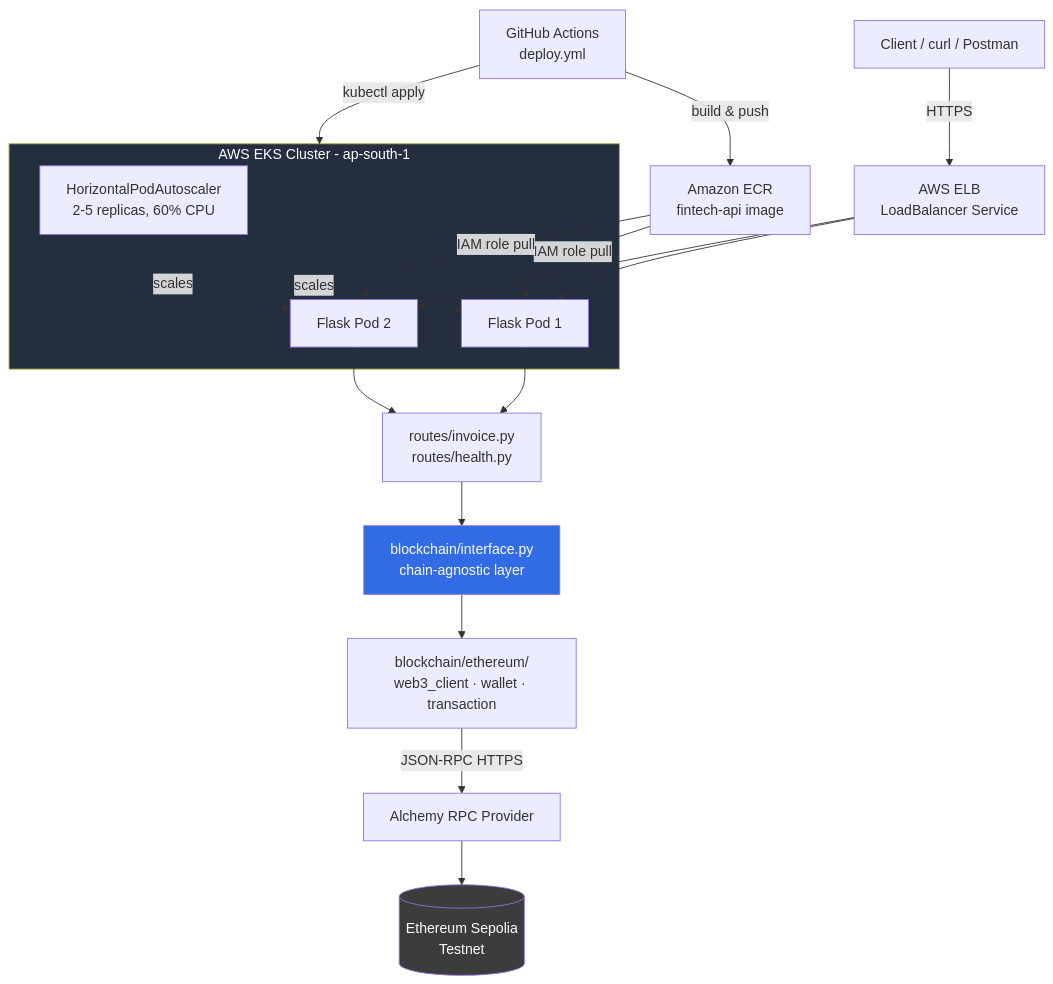
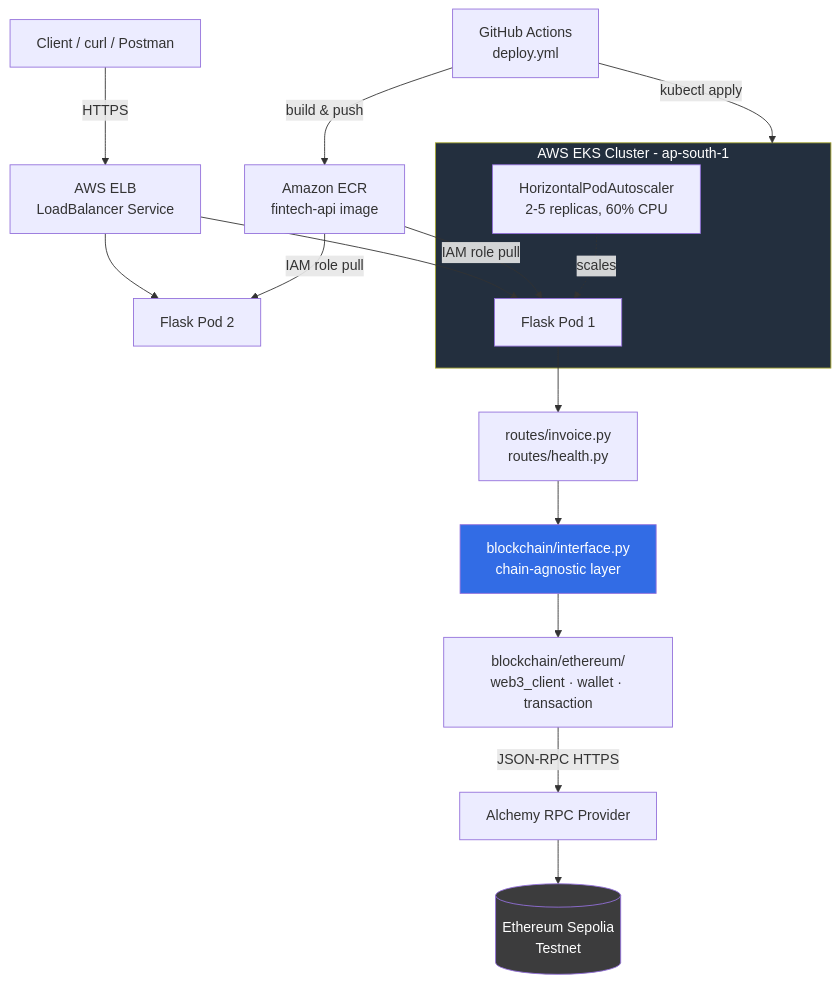
The diagram in ReadMe.md (rey26341-sudo/FINTECH-CLOUD-EKS), drawn with Mermaid before and after one commit.

Commit message:
Update architecture diagram by removing Pod2
Removed references to Pod2 in the architecture diagram.

````diff
--- a/ReadMe.md
+++ b/ReadMe.md
@@ -311,30 +311,27 @@
 ```mermaid
 flowchart TD
     Client[Client / curl / Postman] -->|HTTPS| LB[AWS ELB<br/>LoadBalancer Service]
     LB --> Pod1[Flask Pod 1]
     LB --> Pod2[Flask Pod 2]
 
     subgraph EKS["AWS EKS Cluster - ap-south-1"]
         Pod1
-        Pod2
         HPA[HorizontalPodAutoscaler<br/>2-5 replicas, 60% CPU] -.scales.-> Pod1
-        HPA -.scales.-> Pod2
     end
 
     Pod1 --> Routes[routes/invoice.py<br/>routes/health.py]
-    Pod2 --> Routes
     Routes --> Interface[blockchain/interface.py<br/>chain-agnostic layer]
     Interface --> EthModule[blockchain/ethereum/<br/>web3_client · wallet · transaction]
     EthModule -->|JSON-RPC HTTPS| Alchemy[Alchemy RPC Provider]
     Alchemy --> Sepolia[(Ethereum Sepolia<br/>Testnet)]
 
     ECR[Amazon ECR<br/>fintech-api image] -->|IAM role pull| Pod1
     ECR -->|IAM role pull| Pod2
 
     GHA[GitHub Actions<br/>deploy.yml] -->|build & push| ECR
     GHA -->|kubectl apply| EKS
 
     style Sepolia fill:#3C3C3D,color:#fff
     style EKS fill:#232F3E,color:#fff
     style Interface fill:#326CE5,color:#fff
 ```
````
